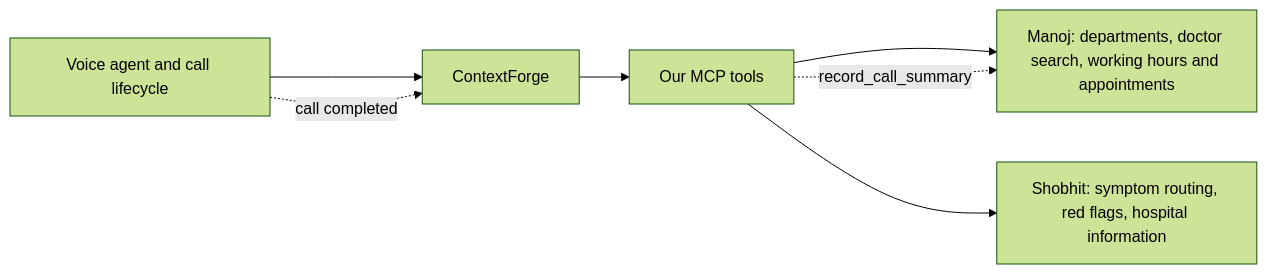
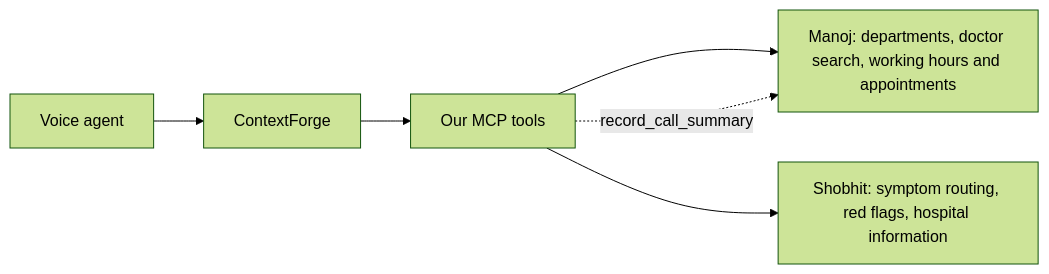
One commit to Garry2012/healthcare-tools changed the diagram in docs/handover/mcp-only/PLAN.md. Above: the diagram before and after it, drawn with Mermaid (forest theme). The commit also changed other lines of this file and 8 other files, not shown here.

Commit message:
docs(architecture): record the single-token whole-call summary contract

````diff
--- a/docs/handover/mcp-only/PLAN.md
+++ b/docs/handover/mcp-only/PLAN.md
@@ -9,9 +9,8 @@
 ```mermaid
 flowchart LR
-  V[Voice agent and call lifecycle] --> G[ContextForge]
+  V[Voice agent] --> G[ContextForge]
   G --> M[Our MCP tools]
   M --> O[Manoj: departments, doctor search, working hours and appointments]
   M --> K[Shobhit: symptom routing, red flags, hospital information]
-  V -. call completed .-> G
   M -. record_call_summary .-> O
 ```
````
